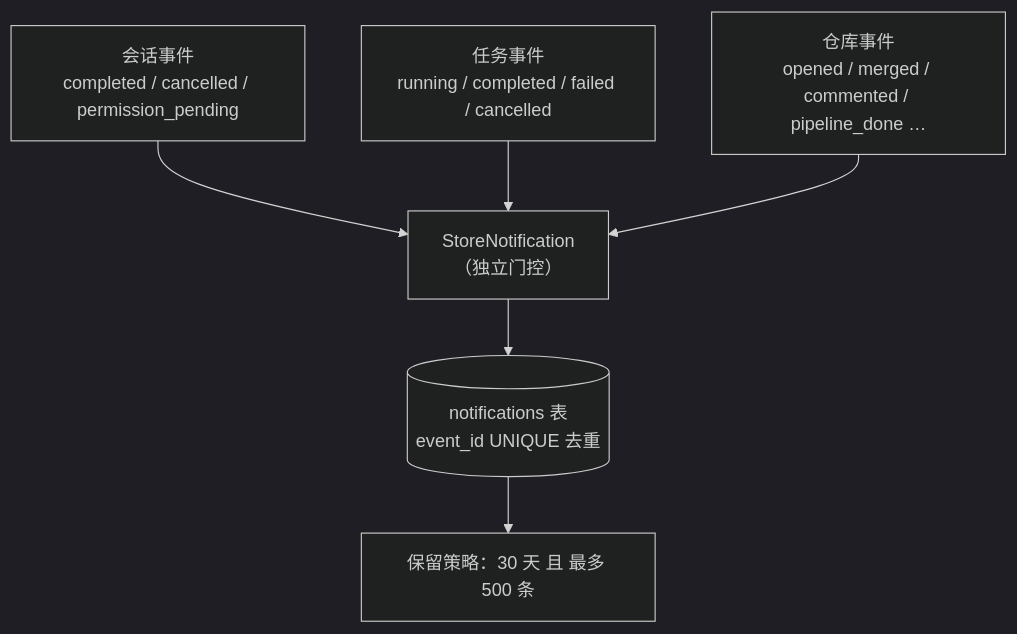
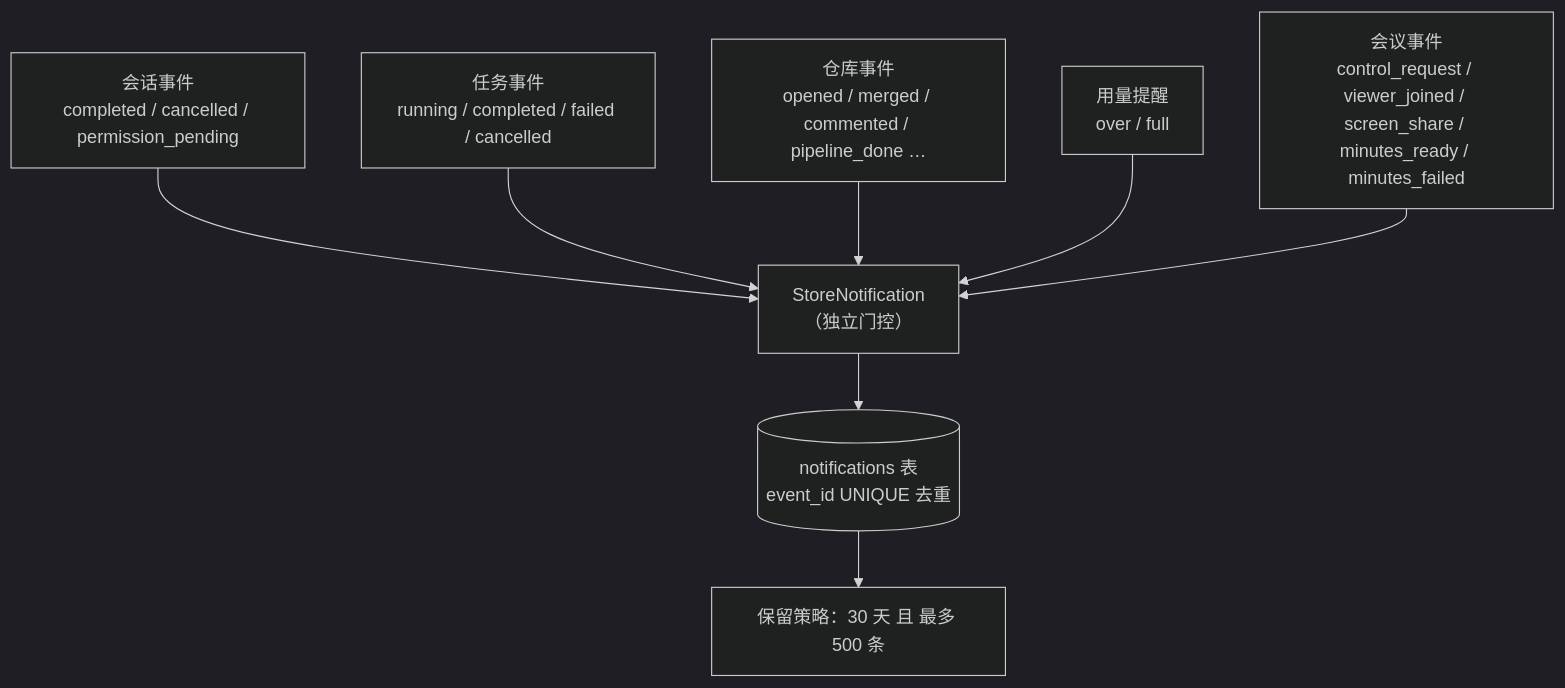
One commit to clawbench-dev/clawbench changed the first of 3 diagrams in docs/spec/features/notification-center.md. Above: the diagram before and after it, drawn with Mermaid (dark theme). The commit also changed other lines of this file and 40 other files, not shown here.

````diff
--- a/docs/spec/features/notification-center.md
+++ b/docs/spec/features/notification-center.md
@@ -13,8 +13,10 @@
 ```mermaid
 flowchart TD
     A["会话事件<br/>completed / cancelled / permission_pending"] --> S["StoreNotification<br/>（独立门控）"]
     B["任务事件<br/>running / completed / failed / cancelled"] --> S
     C["仓库事件<br/>opened / merged / commented / pipeline_done …"] --> S
+    F["用量提醒<br/>over / full"] --> S
+    G["会议事件<br/>control_request / viewer_joined / screen_share / minutes_ready / minutes_failed"] --> S
     S --> D[("notifications 表<br/>event_id UNIQUE 去重")]
     D --> E["保留策略：30 天 且 最多 500 条"]
 ```
````
